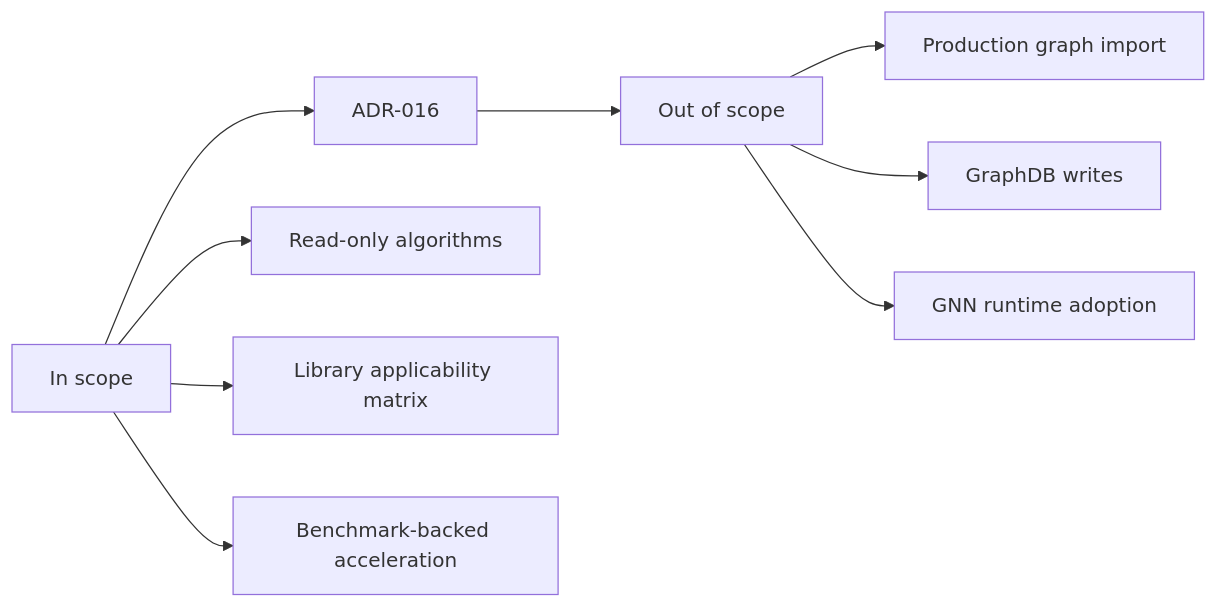
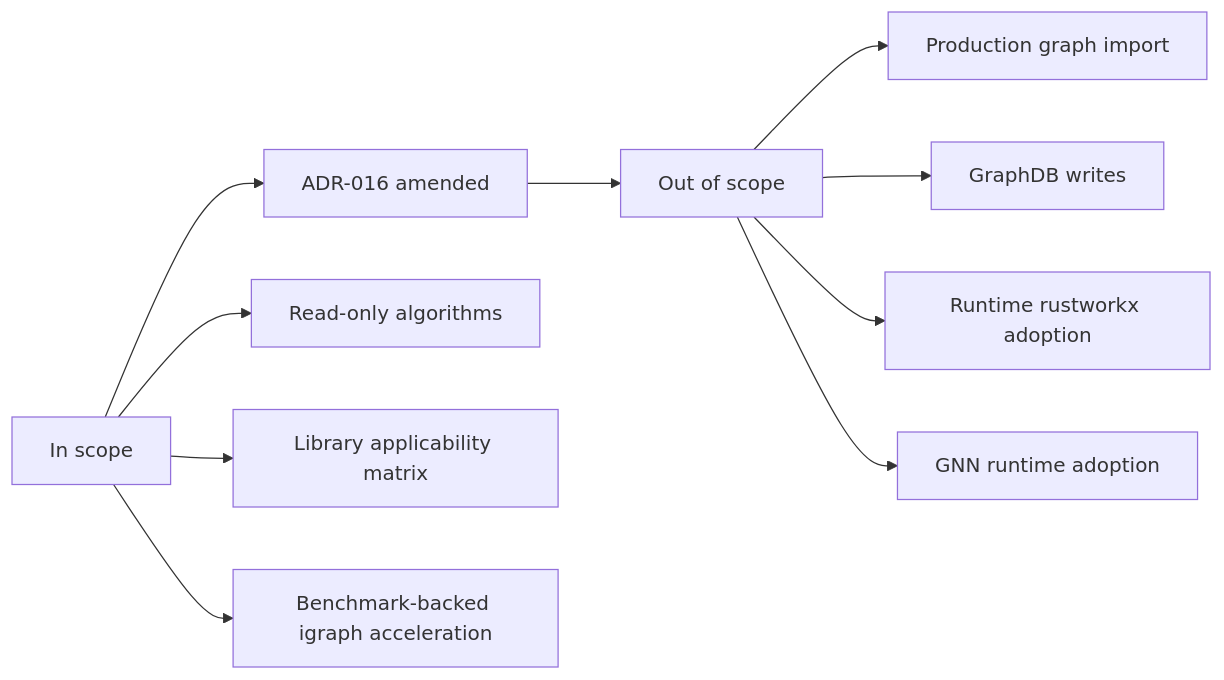
One commit to rager306/daily-archive changed the second of 6 diagrams in doc/adr/ADR-016-graph-library-selection.md. Above: the diagram before and after it, drawn with Mermaid. The commit also changed other lines of this file and 8 other files, not shown here.

````diff
--- a/doc/adr/ADR-016-graph-library-selection.md
+++ b/doc/adr/ADR-016-graph-library-selection.md
@@ -68,11 +89,12 @@
 ```mermaid
 flowchart LR
-    IN[In scope] --> D[ADR-016]
+    IN[In scope] --> D[ADR-016 amended]
     D --> OUT[Out of scope]
     IN --> I1[Read-only algorithms]
     IN --> I2[Library applicability matrix]
-    IN --> I3[Benchmark-backed acceleration]
+    IN --> I3[Benchmark-backed igraph acceleration]
     OUT --> O1[Production graph import]
     OUT --> O2[GraphDB writes]
-    OUT --> O3[GNN runtime adoption]
+    OUT --> O3[Runtime rustworkx adoption]
+    OUT --> O4[GNN runtime adoption]
 ```
````
